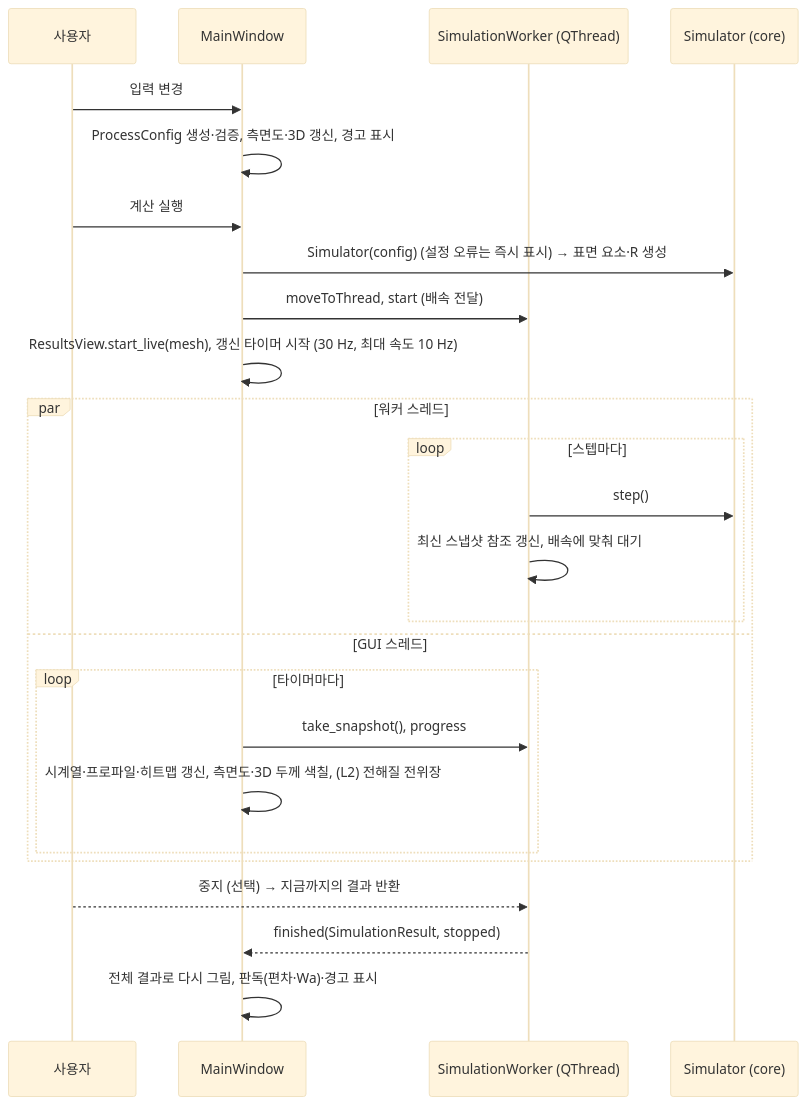
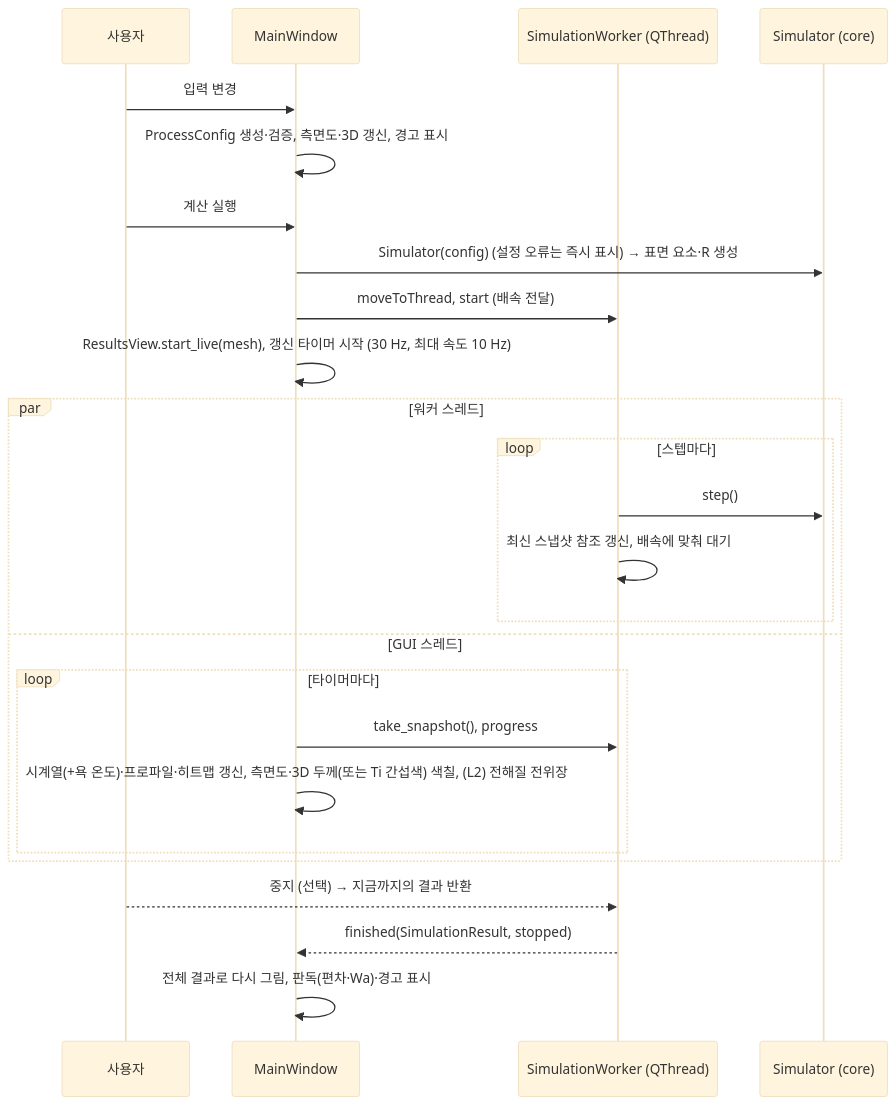
One commit to hyhSgithubbb/Anodizing_simulator changed the second of 2 diagrams in docs/DESIGN.md. Above: the diagram before and after it, drawn with Mermaid (base theme). The commit also changed other lines of this file and 36 other files, not shown here.

````diff
--- a/docs/DESIGN.md
+++ b/docs/DESIGN.md
@@ -724,27 +815,27 @@
 ```mermaid
 sequenceDiagram
     participant U as 사용자
     participant MW as MainWindow
     participant W as SimulationWorker (QThread)
     participant S as Simulator (core)
     U->>MW: 입력 변경
     MW->>MW: ProcessConfig 생성·검증, 측면도·3D 갱신, 경고 표시
     U->>MW: 계산 실행
     MW->>S: Simulator(config) (설정 오류는 즉시 표시) → 표면 요소·R 생성
     MW->>W: moveToThread, start (배속 전달)
     MW->>MW: ResultsView.start_live(mesh), 갱신 타이머 시작 (30 Hz, 최대 속도 10 Hz)
     par 워커 스레드
         loop 스텝마다
             W->>S: step()
             W->>W: 최신 스냅샷 참조 갱신, 배속에 맞춰 대기
         end
     and GUI 스레드
         loop 타이머마다
             MW->>W: take_snapshot(), progress
-            MW->>MW: 시계열·프로파일·히트맵 갱신, 측면도·3D 두께 색칠, (L2) 전해질 전위장
+            MW->>MW: 시계열(+욕 온도)·프로파일·히트맵 갱신, 측면도·3D 두께(또는 Ti 간섭색) 색칠, (L2) 전해질 전위장
         end
     end
     U-->>W: 중지 (선택) → 지금까지의 결과 반환
     W-->>MW: finished(SimulationResult, stopped)
     MW->>MW: 전체 결과로 다시 그림, 판독(편차·Wa)·경고 표시
 ```
````
